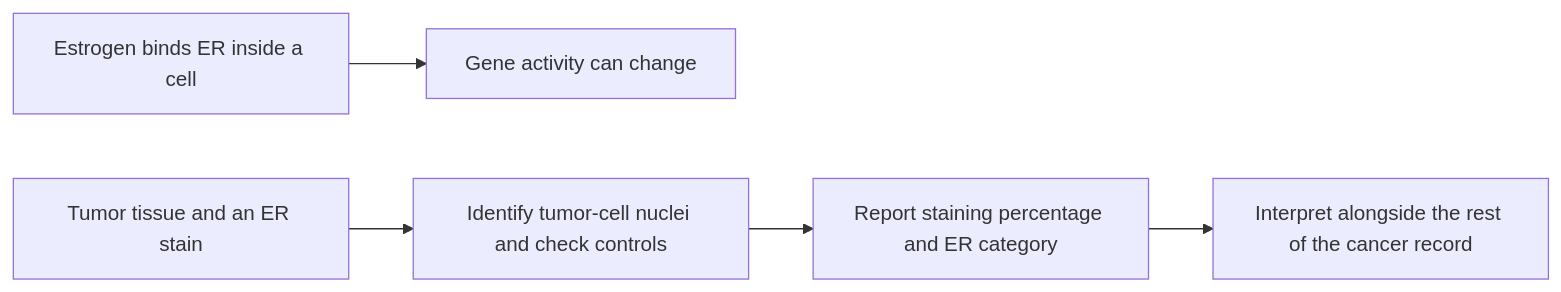
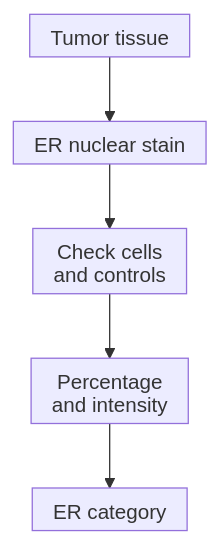
The diagram in wiki/education/concepts/breast-cancer/receptors-and-subtypes/estrogen-receptor.md (jasonLaster/oncoguide), drawn with Mermaid before and after one commit. The commit also changed other lines of this file and 31 other files, not shown here.

````diff
--- a/wiki/education/concepts/breast-cancer/receptors-and-subtypes/estrogen-receptor.md
+++ b/wiki/education/concepts/breast-cancer/receptors-and-subtypes/estrogen-receptor.md
@@ -40,7 +40,8 @@
 ```mermaid
-flowchart LR
-    A["Estrogen binds ER inside a cell"] --> B["Gene activity can change"]
-    C["Tumor tissue and an ER stain"] --> D["Identify tumor-cell nuclei and check controls"]
-    D --> E["Report staining percentage and ER category"]
-    E --> F["Interpret alongside the rest of the cancer record"]
+%%{init: {"htmlLabels":false,"flowchart":{"htmlLabels":false,"padding":8,"nodeSpacing":25}}}%%
+flowchart TD
+    A["Tumor tissue"] --> B["ER nuclear stain"]
+    B --> C["Check cells<br/>and controls"]
+    C --> D["Percentage<br/>and intensity"]
+    D --> E["ER category"]
 ```
````
